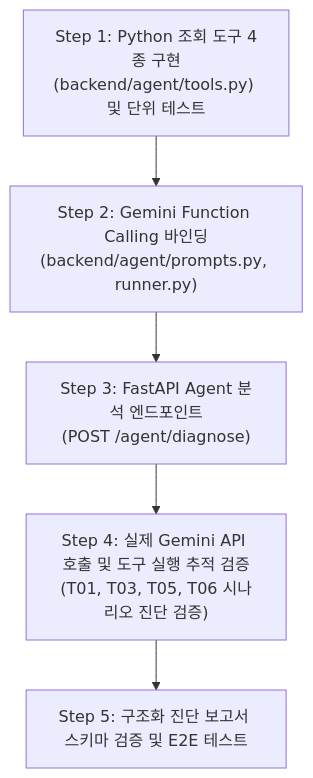
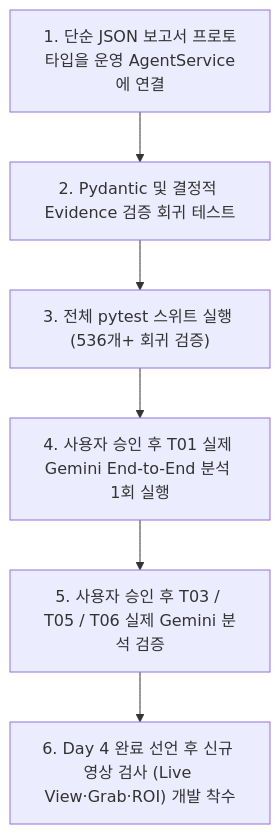
Before and after one commit to yungoonkim/InspectAgent: the diagram in docs/day4-agent-handoff.md, drawn with Mermaid. The commit also changed other lines of this file and 32 other files, not shown here.

First line of the commit message:
feat(agent): Gemini Function Calling 및 AI 진단 기능 구현

````diff
--- a/docs/day4-agent-handoff.md
+++ b/docs/day4-agent-handoff.md
@@ -75,10 +157,11 @@
 ```mermaid
 flowchart TD
-    Step1["Step 1: Python 조회 도구 4종 구현<br>(backend/agent/tools.py) 및 단위 테스트"]
-    Step2["Step 2: Gemini Function Calling 바인딩<br>(backend/agent/prompts.py, runner.py)"]
-    Step3["Step 3: FastAPI Agent 분석 엔드포인트<br>(POST /agent/diagnose)"]
-    Step4["Step 4: 실제 Gemini API 호출 및 도구 실행 추적 검증<br>(T01, T03, T05, T06 시나리오 진단 검증)"]
-    Step5["Step 5: 구조화 진단 보고서 스키마 검증 및 E2E 테스트"]
+    Step1["1. 단순 JSON 보고서 프로토타입을 운영 AgentService에 연결"]
+    Step2["2. Pydantic 및 결정적 Evidence 검증 회귀 테스트"]
+    Step3["3. 전체 pytest 스위트 실행 (536개+ 회귀 검증)"]
+    Step4["4. 사용자 승인 후 T01 실제 Gemini End-to-End 분석 1회 실행"]
+    Step5["5. 사용자 승인 후 T03 / T05 / T06 실제 Gemini 분석 검증"]
+    Step6["6. Day 4 완료 선언 후 신규 영상 검사 (Live View·Grab·ROI) 개발 착수"]
 
-    Step1 --> Step2 --> Step3 --> Step4 --> Step5
+    Step1 --> Step2 --> Step3 --> Step4 --> Step5 --> Step6
 ```
````
